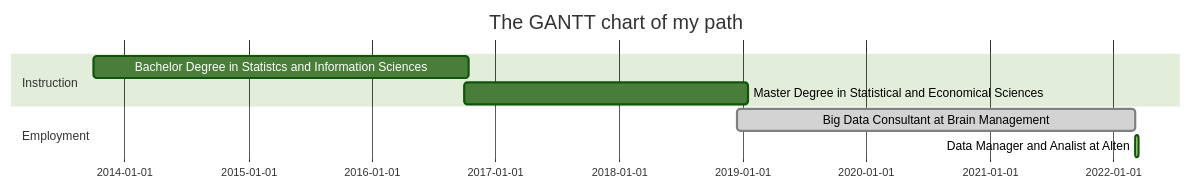
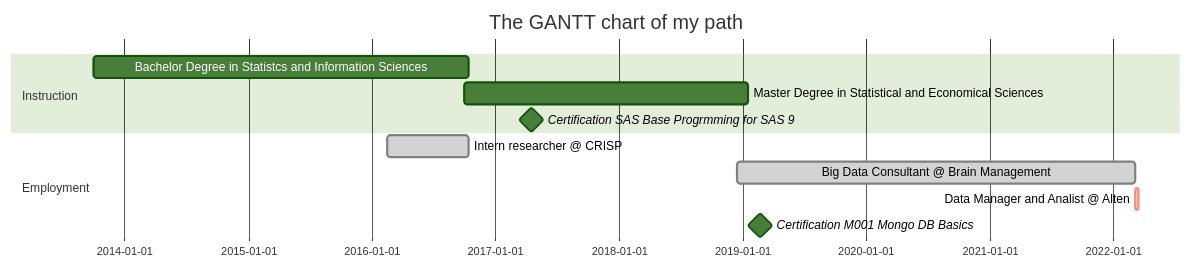
Before and after one commit to frenk94/frenk94: the diagram in About me.md, drawn with Mermaid (forest theme). The commit also changed other lines of this file, not shown here.

````diff
--- a/About me.md
+++ b/About me.md
@@ -8,13 +22,16 @@
 ```mermaid
         gantt
         dateFormat  YYYY-MM-DD
         title The GANTT chart of my path 
 
         section Instruction
-        Bachelor Degree in Statistcs and Information Sciences :       des1, 2013-10-01,2016-10-15
-        Master Degree in Statistical and Economical Sciences :        des2, 2016-10-01,2019-01-17 
+        Bachelor Degree in Statistcs and Information Sciences : des1, 2013-10-01,2016-10-15
+        Master Degree in Statistical and Economical Sciences : des2, 2016-10-01,2019-01-17
+        Certification SAS Base Progrmming for SAS 9 : milestone, 2017-04-17, 1d
 
         section Employment
-        Big Data Consultant at Brain Management :done,   2018-12-17,2022-03-06
-        Data Manager and Analist at Alten       :active,  2022-03-07, 10d
+        Intern researcher @ CRISP : done, 2016-02-15,2016-10-15
+        Big Data Consultant @ Brain Management : done, 2018-12-17,2022-03-06
+        Data Manager and Analist @ Alten       : crit, active, 2022-03-07, 10d
+        Certification M001 Mongo DB Basics : milestone, 2019-02-21, 1d
 ```
````
